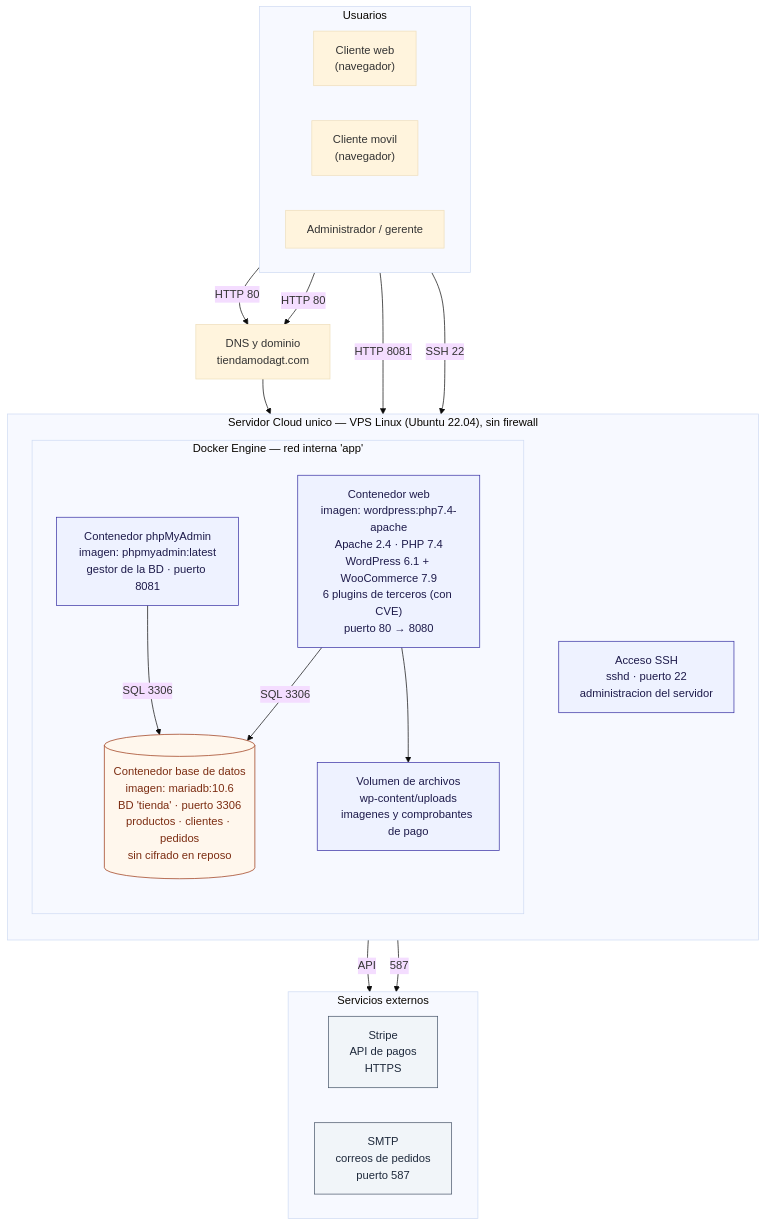
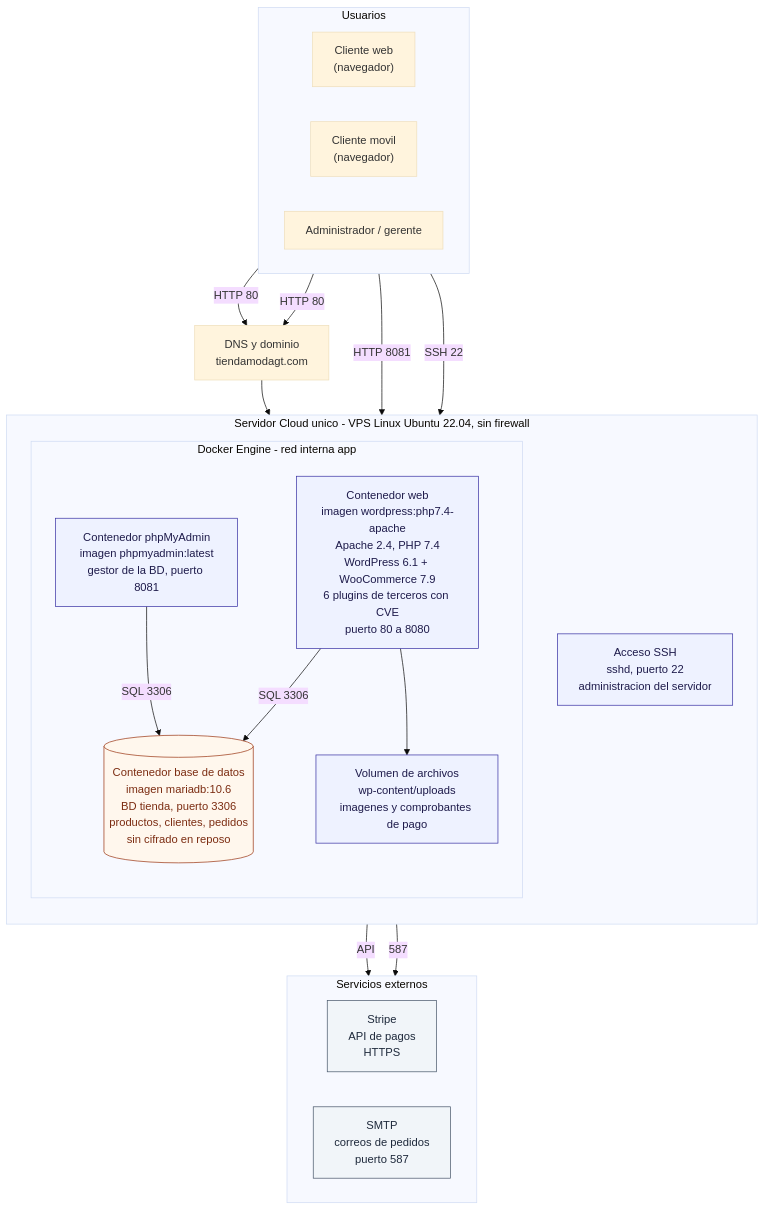
Before and after one commit to JavierNavas/tienda-moda-gt: the first of 2 diagrams in ARQUITECTURA.md, drawn with Mermaid (base theme). The commit also changed other lines of this file and 1 other file, not shown here.

Commit message:
Limpia caracteres especiales de los diagramas para que GitHub los dibuje completos

````diff
--- a/ARQUITECTURA.md
+++ b/ARQUITECTURA.md
@@ -40,47 +40,47 @@
 ```mermaid
 flowchart TB
     subgraph USUARIOS["Usuarios"]
         direction LR
         WEB["Cliente web<br/>(navegador)"]
         MOV["Cliente movil<br/>(navegador)"]
         OPS["Administrador / gerente"]
     end
 
     DNS["DNS y dominio<br/>tiendamodagt.com"]
 
-    subgraph HOST["Servidor Cloud unico — VPS Linux (Ubuntu 22.04), sin firewall"]
+    subgraph HOST["Servidor Cloud unico - VPS Linux Ubuntu 22.04, sin firewall"]
         direction TB
-        subgraph DOCKER["Docker Engine — red interna 'app'"]
+        subgraph DOCKER["Docker Engine - red interna app"]
             direction TB
-            WPC["Contenedor web<br/>imagen: wordpress:php7.4-apache<br/>Apache 2.4 · PHP 7.4<br/>WordPress 6.1 + WooCommerce 7.9<br/>6 plugins de terceros (con CVE)<br/>puerto 80 → 8080"]
-            DB[("Contenedor base de datos<br/>imagen: mariadb:10.6<br/>BD 'tienda' · puerto 3306<br/>productos · clientes · pedidos<br/>sin cifrado en reposo")]
-            PMA["Contenedor phpMyAdmin<br/>imagen: phpmyadmin:latest<br/>gestor de la BD · puerto 8081"]
+            WPC["Contenedor web<br/>imagen wordpress:php7.4-apache<br/>Apache 2.4, PHP 7.4<br/>WordPress 6.1 + WooCommerce 7.9<br/>6 plugins de terceros con CVE<br/>puerto 80 a 8080"]
+            DB[("Contenedor base de datos<br/>imagen mariadb:10.6<br/>BD tienda, puerto 3306<br/>productos, clientes, pedidos<br/>sin cifrado en reposo")]
+            PMA["Contenedor phpMyAdmin<br/>imagen phpmyadmin:latest<br/>gestor de la BD, puerto 8081"]
             MEDIA["Volumen de archivos<br/>wp-content/uploads<br/>imagenes y comprobantes de pago"]
         end
-        SSH["Acceso SSH<br/>sshd · puerto 22<br/>administracion del servidor"]
+        SSH["Acceso SSH<br/>sshd, puerto 22<br/>administracion del servidor"]
     end
 
     subgraph EXT["Servicios externos"]
         direction LR
         PAY["Stripe<br/>API de pagos<br/>HTTPS"]
         MAIL["SMTP<br/>correos de pedidos<br/>puerto 587"]
     end
 
     WEB -->|"HTTP 80"| DNS
     MOV -->|"HTTP 80"| DNS
     DNS --> WPC
     WPC -->|"SQL 3306"| DB
     WPC --> MEDIA
     WPC -->|"API"| PAY
     WPC -->|"587"| MAIL
     OPS -->|"HTTP 8081"| PMA
     PMA -->|"SQL 3306"| DB
     OPS -->|"SSH 22"| SSH
 
     classDef app fill:#eef2ff,stroke:#3730a3,color:#1e1b4b;
     classDef db fill:#fff7ed,stroke:#9a3412,color:#7c2d12;
     classDef ext fill:#f1f5f9,stroke:#475569,color:#1e293b;
     class WPC,PMA,MEDIA,SSH app;
     class DB db;
     class PAY,MAIL ext;
 ```
````
